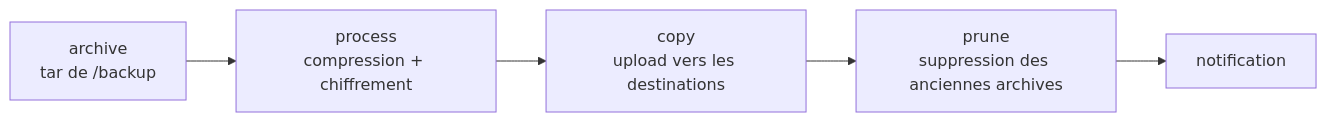
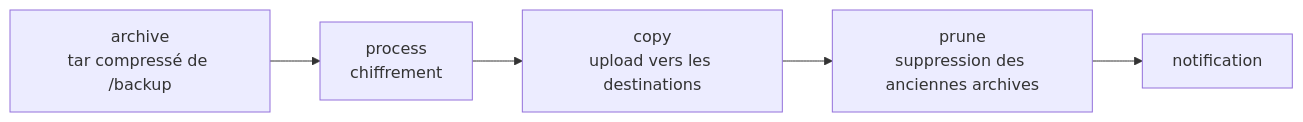
The diagram in blog/03-containerization/2026-09-13-docker-volume-backup.md (sedelpeuch/sedelpeuch.github.io), drawn with Mermaid before and after one commit. The commit also changed other lines of this file and 122 other files, not shown here.

````diff
--- a/blog/03-containerization/2026-09-13-docker-volume-backup.md
+++ b/blog/03-containerization/2026-09-13-docker-volume-backup.md
@@ -16,7 +16,7 @@
 ```mermaid
 flowchart LR
-    A[archive<br/>tar de /backup] --> P[process<br/>compression + chiffrement]
+    A[archive<br/>tar compressé de /backup] --> P[process<br/>chiffrement]
     P --> C[copy<br/>upload vers les destinations]
     C --> R[prune<br/>suppression des anciennes archives]
     R --> N[notification]
 ```
````
